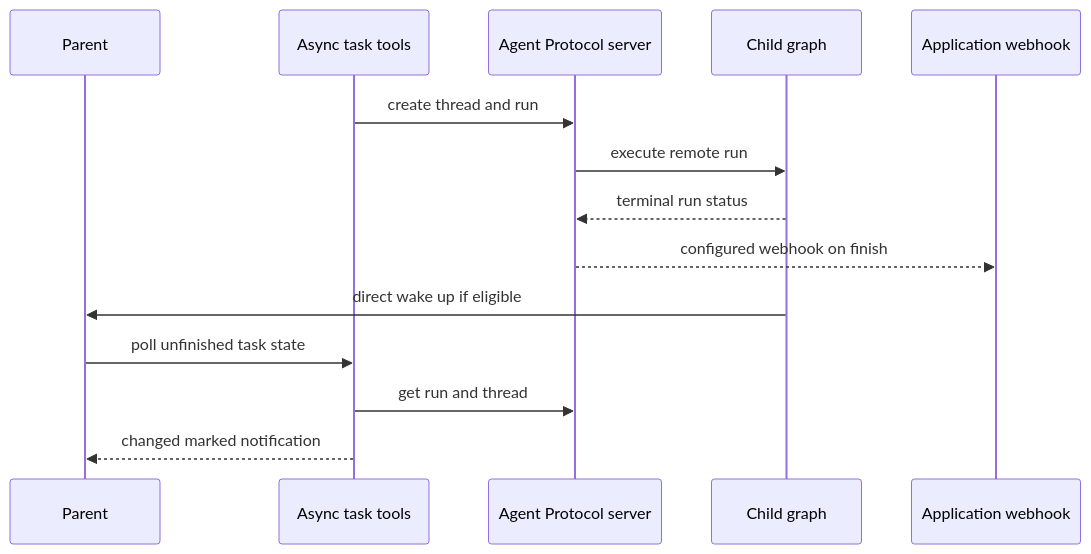
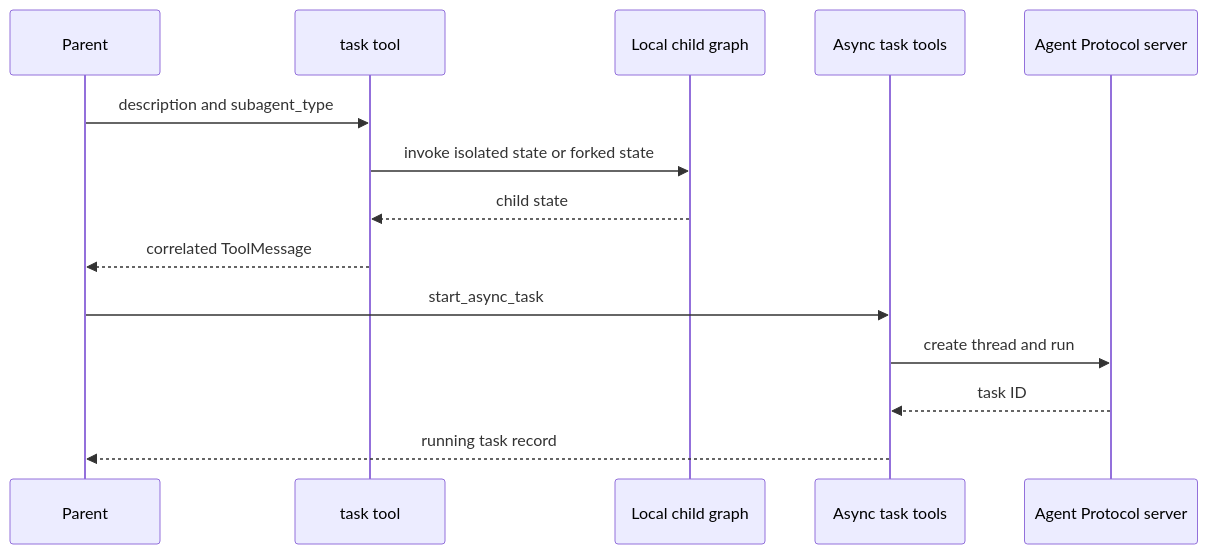
Before and after one commit to langchain-ai/deepagents: the second of 2 diagrams in openwiki/concepts/subagents-skills.md, drawn with Mermaid. The commit also changed other lines of this file and 33 other files, not shown here.

````diff
--- a/openwiki/concepts/subagents-skills.md
+++ b/openwiki/concepts/subagents-skills.md
@@ -144,16 +102,16 @@
 ```mermaid
 sequenceDiagram
     participant Parent
-    participant Tools as Async task tools
+    participant Task as task tool
+    participant Local as Local child graph
+    participant Async as Async task tools
     participant Server as Agent Protocol server
-    participant Child as Child graph
-    participant Hook as Application webhook
-    Tools->>Server: create thread and run
-    Server->>Child: execute remote run
-    Child-->>Server: terminal run status
-    Server-->>Hook: configured webhook on finish
-    Child->>Parent: direct wake up if eligible
-    Parent->>Tools: poll unfinished task state
-    Tools->>Server: get run and thread
-    Tools-->>Parent: changed marked notification
+    Parent->>Task: description and subagent_type
+    Task->>Local: invoke isolated state or forked state
+    Local-->>Task: child state
+    Task-->>Parent: correlated ToolMessage
+    Parent->>Async: start_async_task
+    Async->>Server: create thread and run
+    Server-->>Async: task ID
+    Async-->>Parent: running task record
 ```
````
